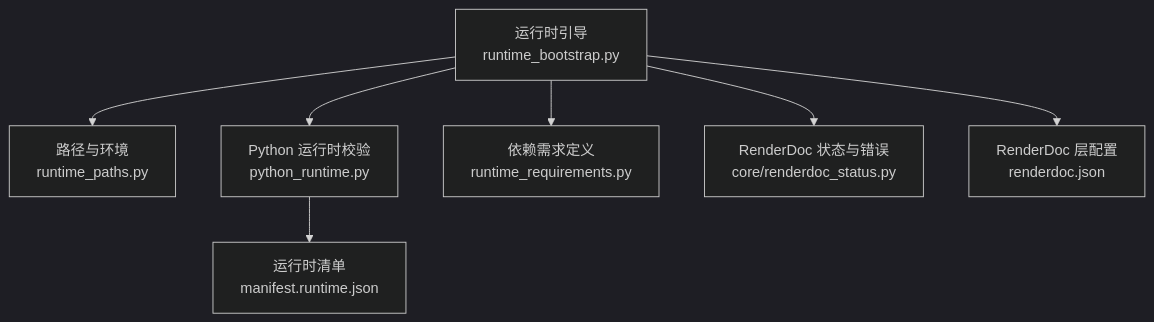
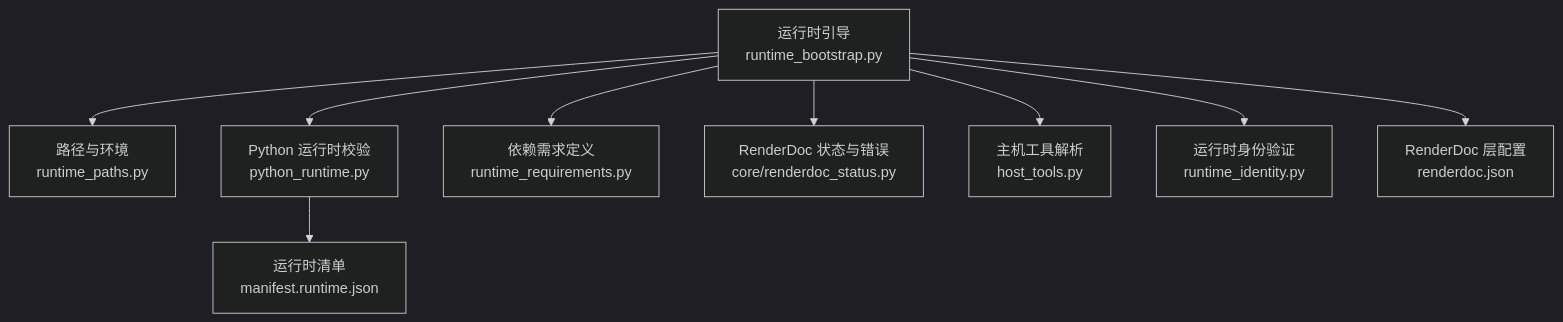
Before and after one commit to haolange/RDC-Tool: the first of 6 diagrams in .qoder/repowiki/zh/content/运行时管理/依赖检查系统.md, drawn with Mermaid (dark theme). The commit also changed other lines of this file and 67 other files, not shown here.

````diff
--- a/.qoder/repowiki/zh/content/运行时管理/依赖检查系统.md
+++ b/.qoder/repowiki/zh/content/运行时管理/依赖检查系统.md
@@ -41,9 +52,11 @@
 ```mermaid
 graph TB
 A["运行时引导<br/>runtime_bootstrap.py"] --> B["路径与环境<br/>runtime_paths.py"]
 A --> C["Python 运行时校验<br/>python_runtime.py"]
 A --> D["依赖需求定义<br/>runtime_requirements.py"]
 A --> E["RenderDoc 状态与错误<br/>core/renderdoc_status.py"]
-C --> F["运行时清单<br/>manifest.runtime.json"]
-A --> G["RenderDoc 层配置<br/>renderdoc.json"]
+A --> F["主机工具解析<br/>host_tools.py"]
+A --> G["运行时身份验证<br/>runtime_identity.py"]
+C --> H["运行时清单<br/>manifest.runtime.json"]
+A --> I["RenderDoc 层配置<br/>renderdoc.json"]
 ```
````
